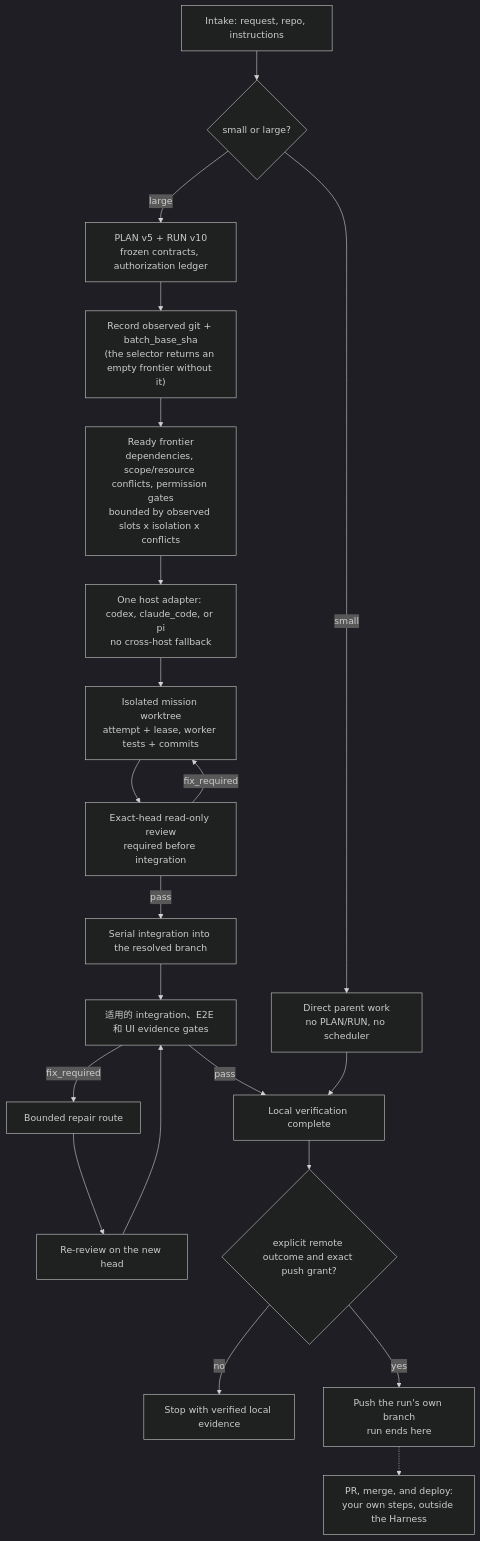
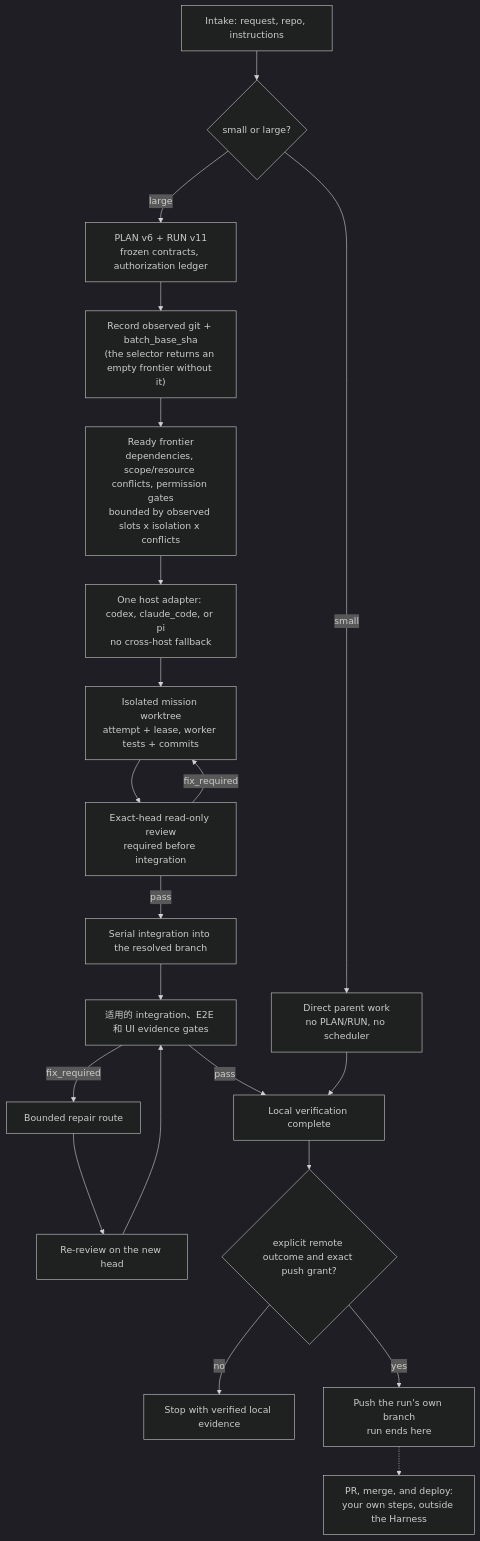
Before and after one commit to Phlegonlabs/product-delivery-harness: the second of 2 diagrams in README.zh-CN.md, drawn with Mermaid (dark theme). The commit also changed other lines of this file and 91 other files, not shown here.

````diff
--- a/README.zh-CN.md
+++ b/README.zh-CN.md
@@ -93,23 +93,23 @@
 ```mermaid
 flowchart TB
   Intake["Intake: request, repo, instructions"] --> Size{"small or large?"}
   Size -->|small| Direct["Direct parent work<br/>no PLAN/RUN, no scheduler"]
-  Size -->|large| Plan["PLAN v5 + RUN v10<br/>frozen contracts, authorization ledger"]
+  Size -->|large| Plan["PLAN v6 + RUN v11<br/>frozen contracts, authorization ledger"]
   Plan --> Observe["Record observed git + batch_base_sha<br/>(the selector returns an empty frontier without it)"]
   Observe --> Frontier["Ready frontier<br/>dependencies, scope/resource conflicts, permission gates<br/>bounded by observed slots x isolation x conflicts"]
   Frontier --> Host["One host adapter: codex, claude_code, or pi<br/>no cross-host fallback"]
   Host --> Work["Isolated mission worktree<br/>attempt + lease, worker tests + commits"]
   Work --> Review["Exact-head read-only review<br/>required before integration"]
   Review -->|pass| Integrate["Serial integration into the resolved branch"]
   Review -->|fix_required| Work
   Integrate --> Gates["适用的 integration、E2E 和 UI evidence gates"]
   Gates -->|fix_required| Repair["Bounded repair route"]
   Repair --> Rereview["Re-review on the new head"]
   Rereview --> Gates
   Gates -->|pass| Local["Local verification complete"]
   Direct --> Local
   Local --> Remote{"explicit remote outcome and exact push grant?"}
   Remote -->|no| Done["Stop with verified local evidence"]
   Remote -->|yes| Push["Push the run's own branch<br/>run ends here"]
   Push -.-> Yours["PR, merge, and deploy:<br/>your own steps, outside the Harness"]
 ```
````
